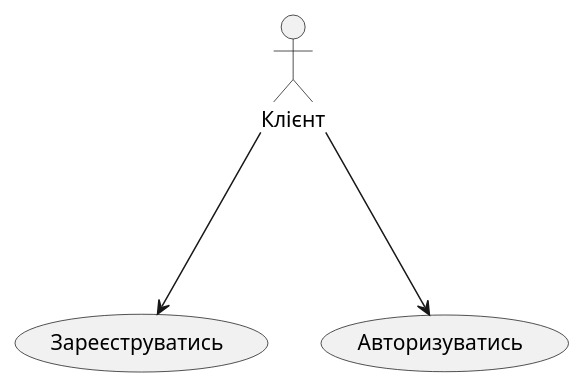
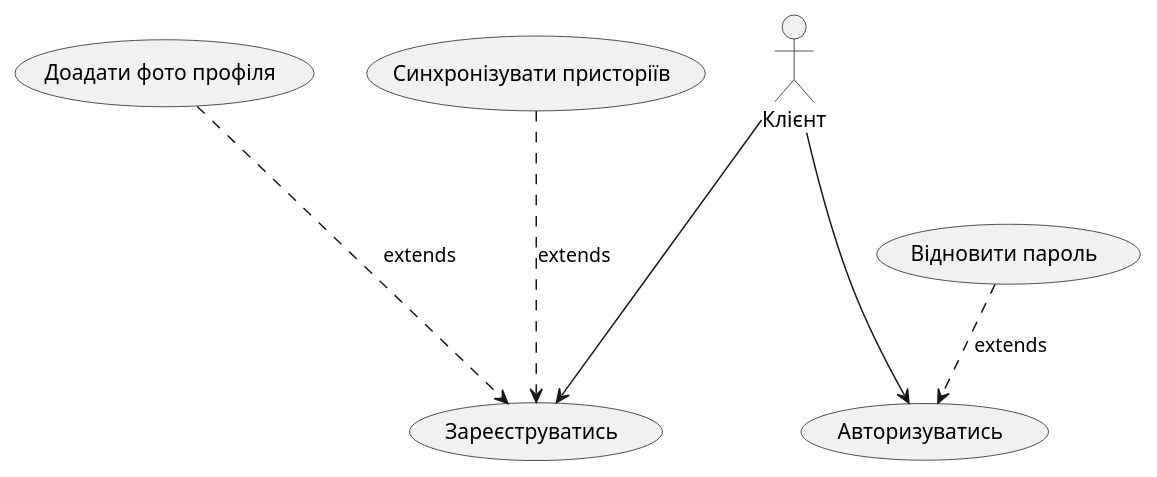
One commit to YehorSeniuk/IOO changed the second of 16 diagrams in docs/use cases/README.md. Above: the diagram before and after it, drawn with PlantUML. The commit also changed other lines of this file, not shown here.

```diff
--- a/docs/use cases/README.md
+++ b/docs/use cases/README.md
@@ -33,6 +36,15 @@
 @startuml
 usecase "Зареєструватись" as NEW_CUSTOMER_CREATE_POLLATION
 usecase "Авторизуватись" as CUSTOMER_AUTHORIZATION
+usecase "Доадати фото профіля" as ADD_PROFILE_PHOTO
+usecase "Синхронізувати присторіїв" as SYNC
+usecase "Відновити пароль"  as PAS
 Клієнт ---> NEW_CUSTOMER_CREATE_POLLATION
 Клієнт ---> CUSTOMER_AUTHORIZATION
+
+ADD_PROFILE_PHOTO  ...> NEW_CUSTOMER_CREATE_POLLATION: extends
+SYNC ...> NEW_CUSTOMER_CREATE_POLLATION: extends
+PAS ..> CUSTOMER_AUTHORIZATION: extends
+
+
 @enduml
```
